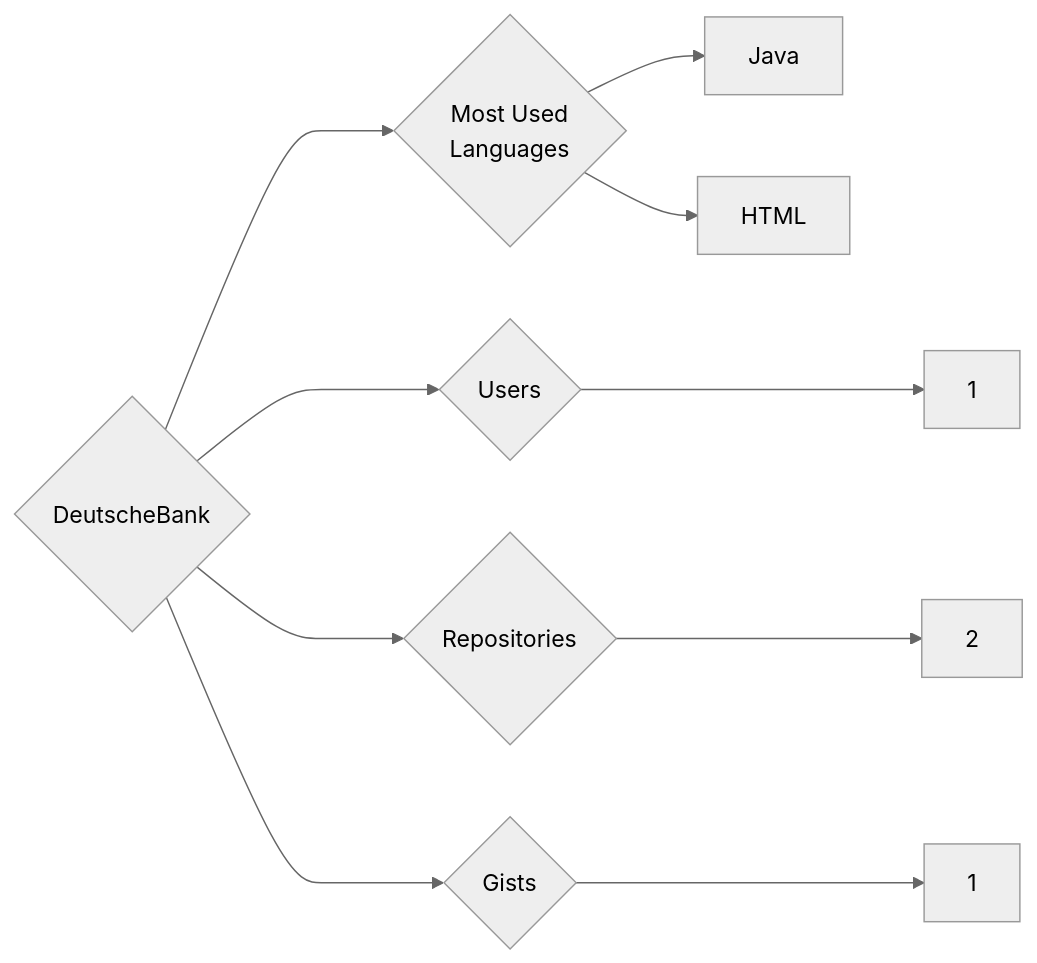
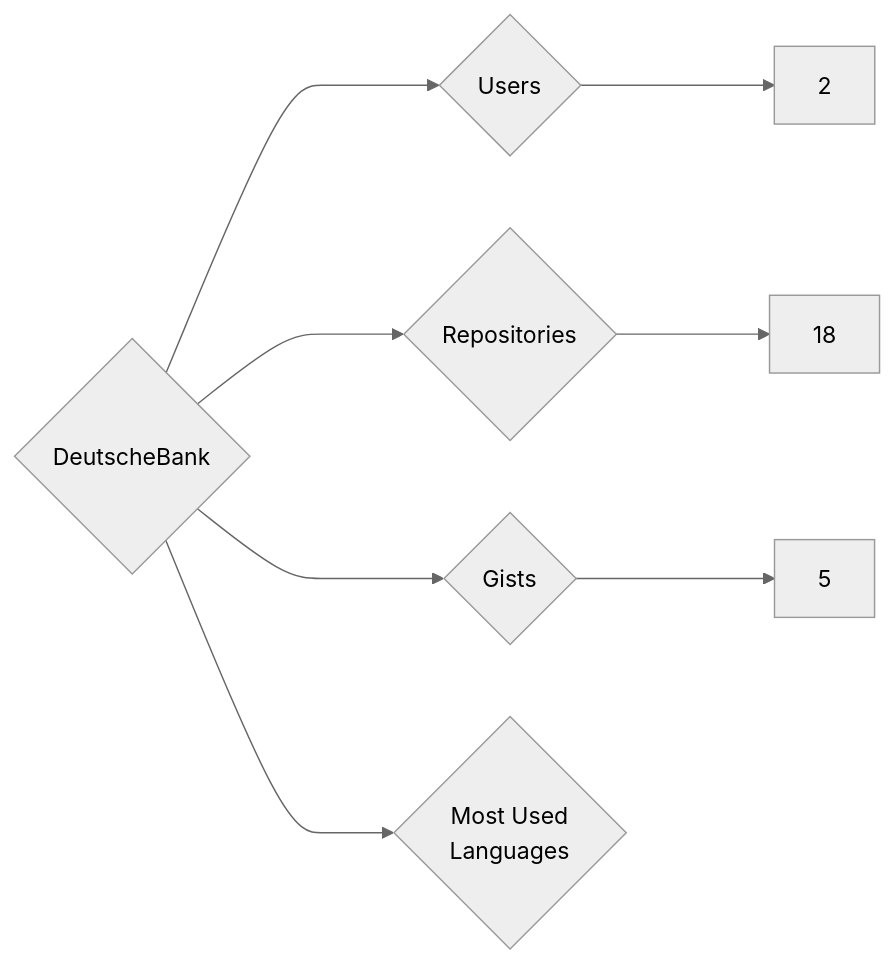
The diagram in targets/DeutscheBank/README.md (trickest/insiders), drawn with Mermaid (neutral theme) before and after one commit. The commit also changed 1141 other files, not shown here.

````diff
--- a/targets/DeutscheBank/README.md
+++ b/targets/DeutscheBank/README.md
@@ -3,10 +3,8 @@
 ```mermaid
 graph LR
 COMPANY_NAME{DeutscheBank}
-COMPANY_NAME ---> U{Users} ---> UN[1]
-COMPANY_NAME ---> R{Repositories} ---> RN[2]
-COMPANY_NAME ---> G{Gists} ---> GN[1]
+COMPANY_NAME ---> U{Users} ---> UN[2]
+COMPANY_NAME ---> R{Repositories} ---> RN[18]
+COMPANY_NAME ---> G{Gists} ---> GN[5]
 COMPANY_NAME ---> ML{Most Used<br>Languages}
-ML --> Java[Java]
-ML --> HTML[HTML]
 ```
````
